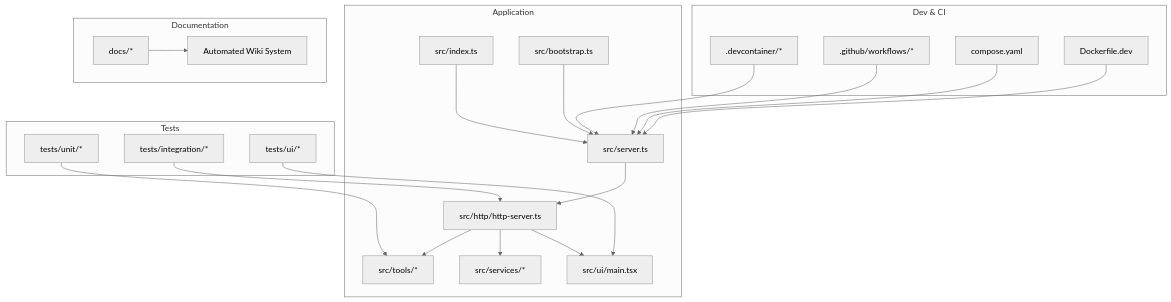
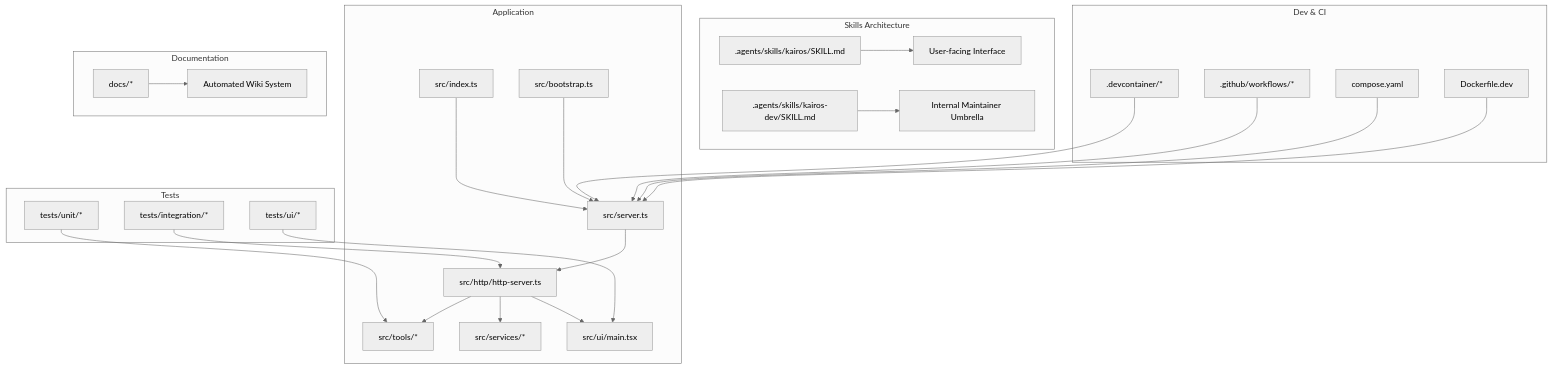
Before and after one commit to debian777/kairos-mcp: the first of 3 diagrams in .qoder/repowiki/en/content/Contributing and Development.md, drawn with Mermaid (neutral theme). The commit also changed other lines of this file and 7 other files, not shown here.

````diff
--- a/.qoder/repowiki/en/content/Contributing and Development.md
+++ b/.qoder/repowiki/en/content/Contributing and Development.md
@@ -83,41 +88,49 @@
 ```mermaid
 graph TB
 subgraph "Application"
 A["src/server.ts"]
 B["src/index.ts"]
 C["src/bootstrap.ts"]
 D["src/http/http-server.ts"]
 E["src/tools/*"]
 F["src/services/*"]
 G["src/ui/main.tsx"]
 end
+subgraph "Skills Architecture"
+H[".agents/skills/kairos/SKILL.md"]
+I[".agents/skills/kairos-dev/SKILL.md"]
+J["User-facing Interface"]
+K["Internal Maintainer Umbrella"]
+end
 subgraph "Dev & CI"
-H[".devcontainer/*"]
-I[".github/workflows/*"]
-J["compose.yaml"]
-K["Dockerfile.dev"]
+L[".devcontainer/*"]
+M[".github/workflows/*"]
+N["compose.yaml"]
+O["Dockerfile.dev"]
 end
 subgraph "Tests"
-L["tests/unit/*"]
-M["tests/integration/*"]
-N["tests/ui/*"]
+P["tests/unit/*"]
+Q["tests/integration/*"]
+R["tests/ui/*"]
 end
 subgraph "Documentation"
-O["docs/*"]
-P["Automated Wiki System"]
+S["docs/*"]
+T["Automated Wiki System"]
 end
 A --> D
 B --> A
 C --> A
 D --> E
 D --> F
 D --> G
-L --> E
-M --> D
-N --> G
-H --> A
-I --> A
-J --> A
-K --> A
-O --> P
+H --> J
+I --> K
+P --> E
+Q --> D
+R --> G
+L --> A
+M --> A
+N --> A
+O --> A
+S --> T
 ```
````
